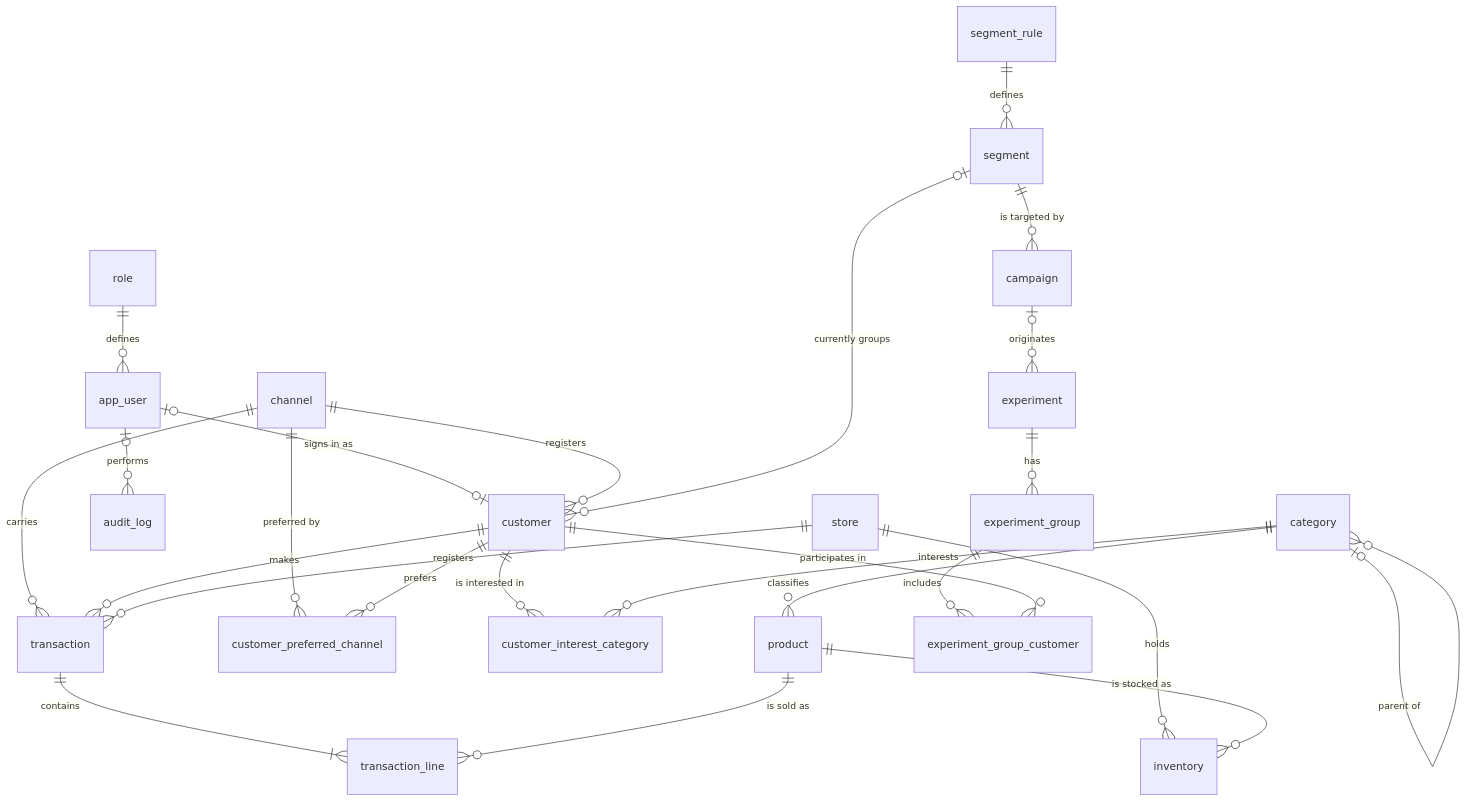
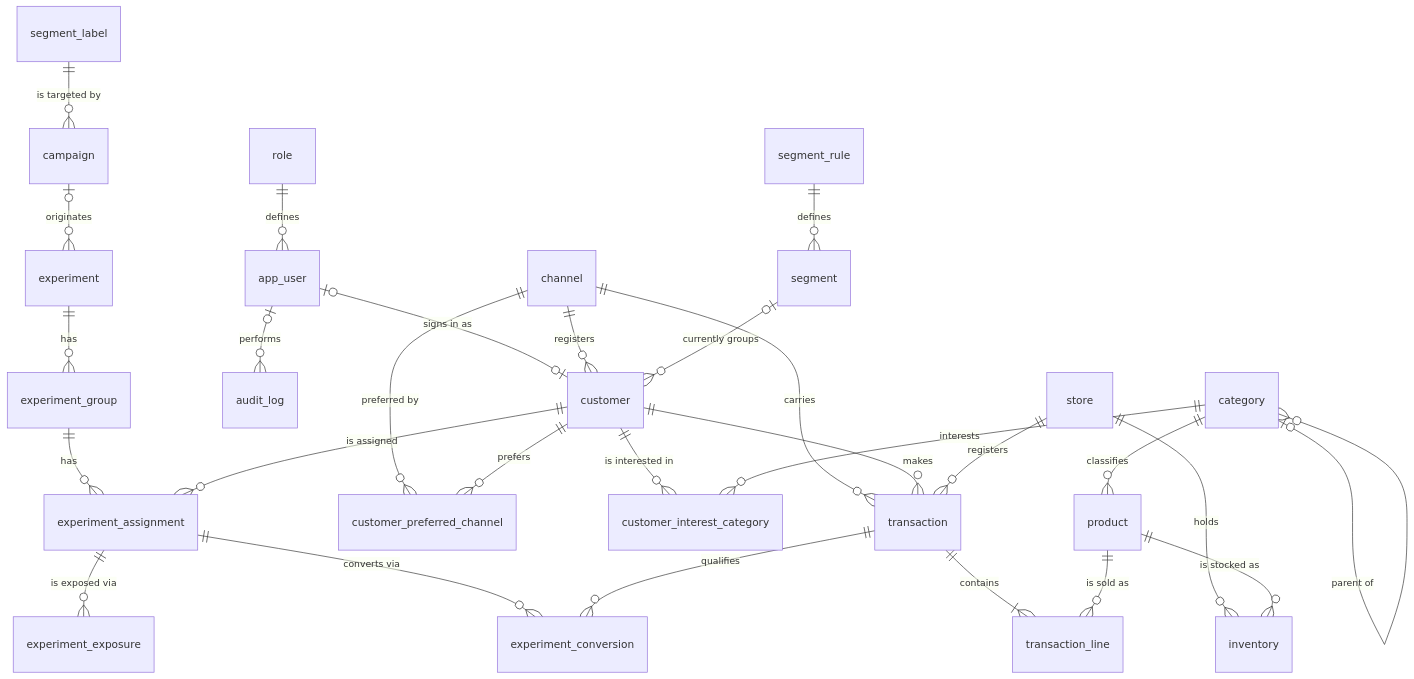
Before and after one commit to Equipo-03-Proyecto10/retail-segmentation: the fourth of 4 diagrams in docs/data-model.md, drawn with Mermaid. The commit also changed other lines of this file and 4 other files, not shown here.

````diff
--- a/docs/data-model.md
+++ b/docs/data-model.md
@@ -216,27 +225,30 @@
 ```mermaid
 erDiagram
     role                       ||--o{ app_user                   : "defines"
     app_user                   |o--o| customer                   : "signs in as"
     app_user                   |o--o{ audit_log                  : "performs"
     channel                    ||--o{ customer                   : "registers"
     channel                    ||--o{ transaction                : "carries"
     channel                    ||--o{ customer_preferred_channel : "preferred by"
     customer                   ||--o{ customer_preferred_channel : "prefers"
     customer                   ||--o{ customer_interest_category : "is interested in"
     category                   ||--o{ customer_interest_category : "interests"
     category                   ||--o{ product                    : "classifies"
     category                   |o--o{ category                   : "parent of"
     customer                   ||--o{ transaction                : "makes"
     store                      ||--o{ transaction                : "registers"
     transaction                ||--|{ transaction_line           : "contains"
     product                    ||--o{ transaction_line           : "is sold as"
     store                      ||--o{ inventory                  : "holds"
     product                    ||--o{ inventory                  : "is stocked as"
     segment_rule               ||--o{ segment                    : "defines"
     segment                    |o--o{ customer                   : "currently groups"
-    segment                    ||--o{ campaign                   : "is targeted by"
+    segment_label              ||--o{ campaign                   : "is targeted by"
     campaign                   |o--o{ experiment                 : "originates"
     experiment                 ||--o{ experiment_group           : "has"
-    experiment_group           ||--o{ experiment_group_customer  : "includes"
-    customer                   ||--o{ experiment_group_customer  : "participates in"
+    experiment_group           ||--o{ experiment_assignment      : "has"
+    customer                   ||--o{ experiment_assignment      : "is assigned"
+    experiment_assignment      ||--o{ experiment_exposure        : "is exposed via"
+    experiment_assignment      ||--o{ experiment_conversion      : "converts via"
+    transaction                ||--o{ experiment_conversion      : "qualifies"
 ```
````
